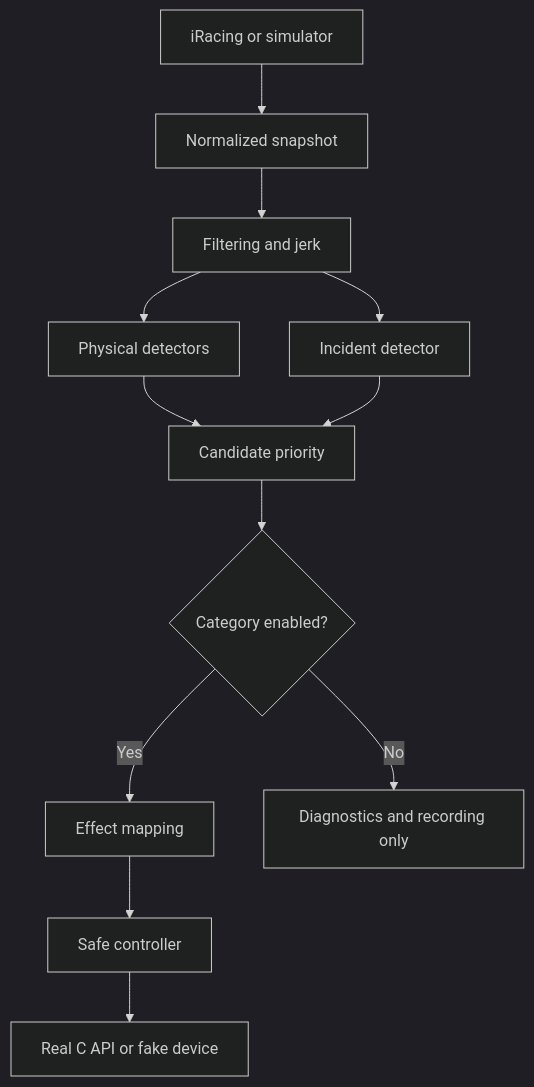
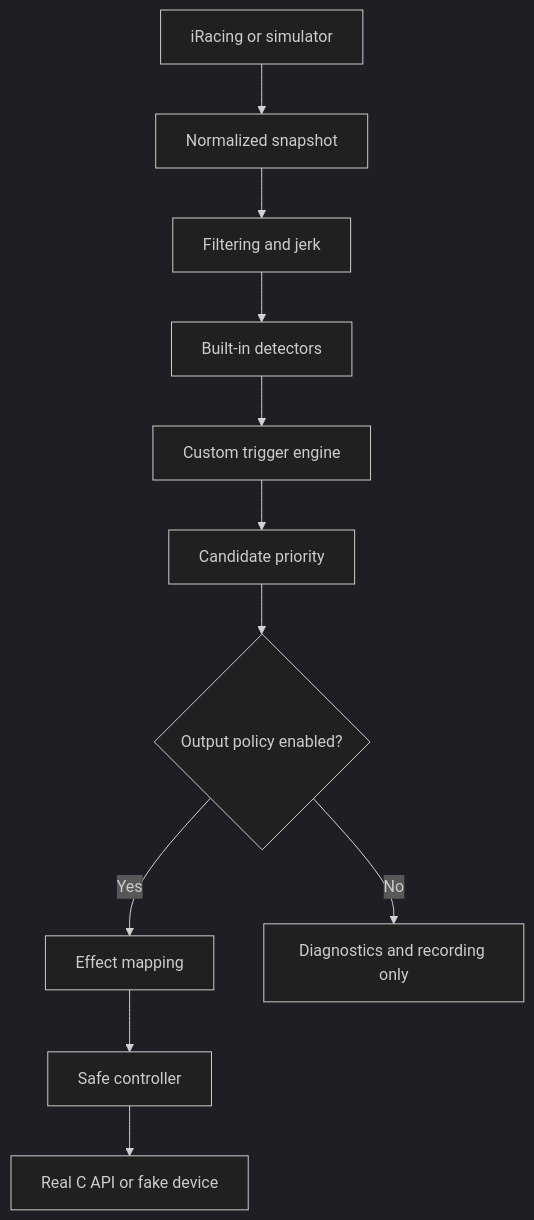
One commit to nishizumi-maho/PSVR2-iRacing-Haptics changed the first of 4 diagrams in docs/ARCHITECTURE.md. Above: the diagram before and after it, drawn with Mermaid (dark theme). The commit also changed other lines of this file and 41 other files, not shown here.

````diff
--- a/docs/ARCHITECTURE.md
+++ b/docs/ARCHITECTURE.md
@@ -36,14 +44,13 @@
 ```mermaid
 flowchart TD
     A["iRacing or simulator"] --> B["Normalized snapshot"]
     B --> C["Filtering and jerk"]
-    C --> D["Physical detectors"]
-    C --> E["Incident detector"]
-    D --> F["Candidate priority"]
-    E --> F
-    F --> G{"Category enabled?"}
+    C --> D["Built-in detectors"]
+    D --> E["Custom trigger engine"]
+    E --> F["Candidate priority"]
+    F --> G{"Output policy enabled?"}
     G -->|"Yes"| H["Effect mapping"]
     G -->|"No"| I["Diagnostics and recording only"]
     H --> J["Safe controller"]
     J --> K["Real C API or fake device"]
 ```
````
